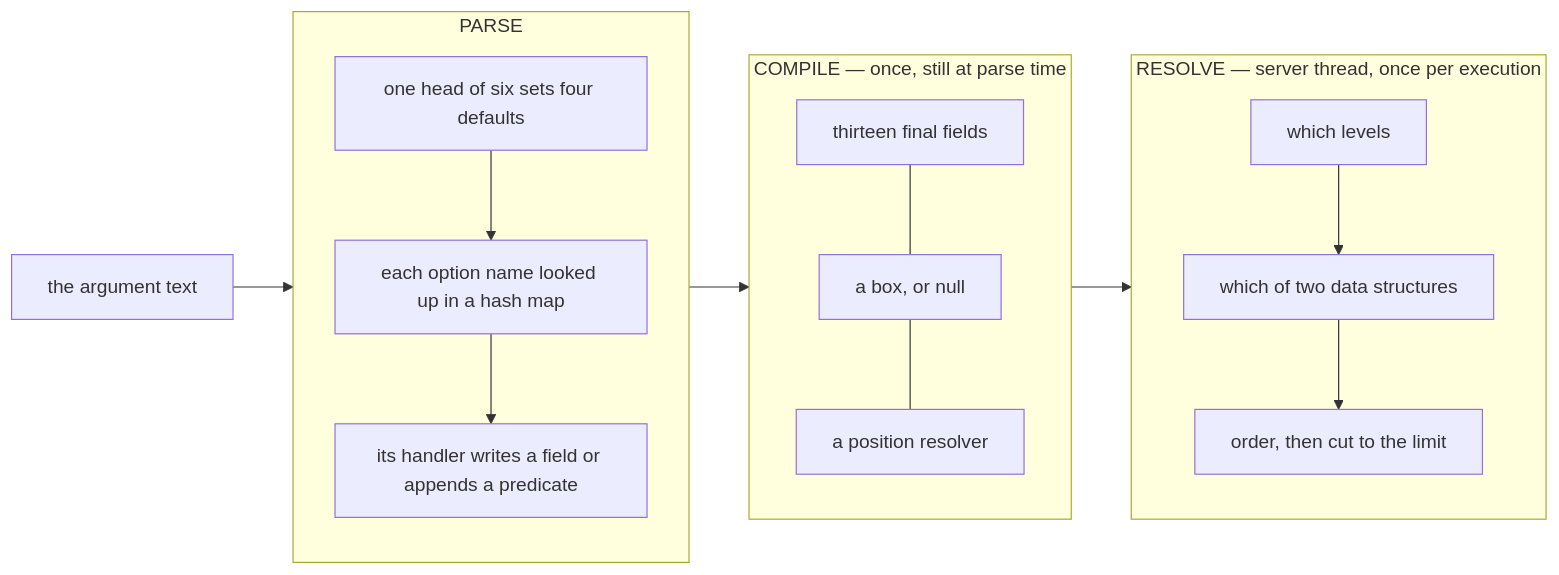
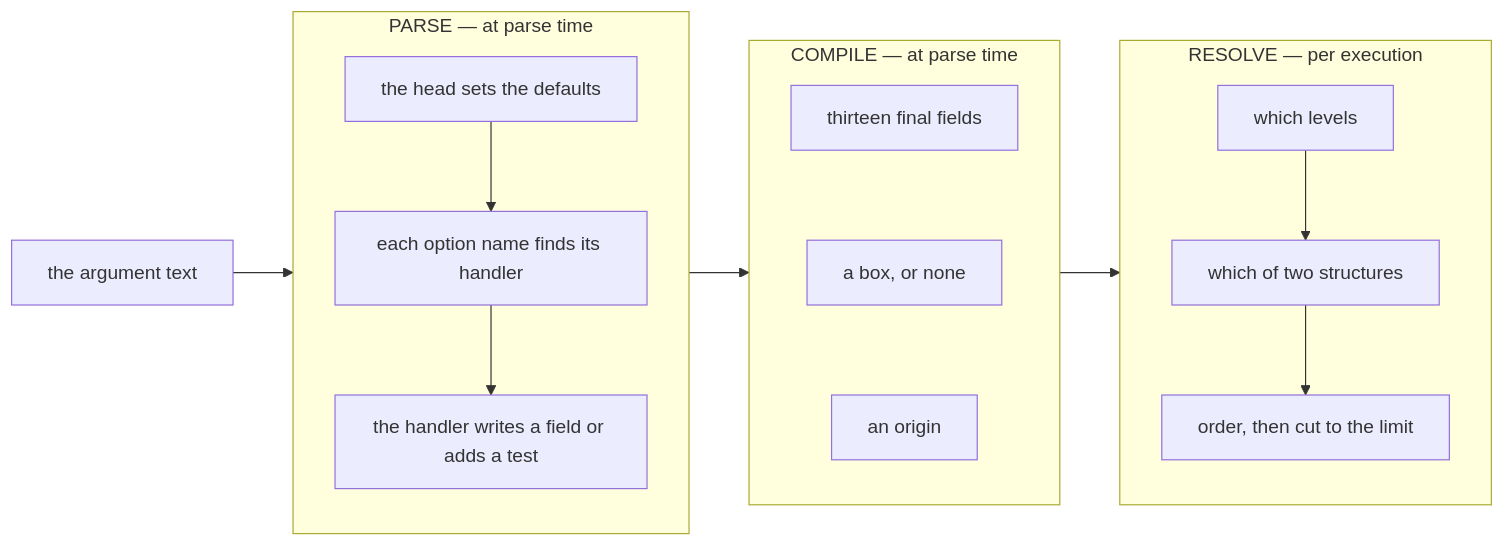
Before and after one commit to AlexanderjFraser/MinecraftDocs: the first of 2 diagrams in src/systems/commands/entity-selectors.md, drawn with Mermaid. The commit also changed other lines of this file and 16 other files, not shown here.

````diff
--- a/src/systems/commands/entity-selectors.md
+++ b/src/systems/commands/entity-selectors.md
@@ -41,28 +41,25 @@
 ```mermaid
 flowchart LR
     S["the argument text"]
-    subgraph P["PARSE"]
+    subgraph P["PARSE — at parse time"]
         direction TB
-        P1["one head of six sets four defaults"]
-        P2["each option name looked up in a hash map"]
-        P3["its handler writes a field or appends a predicate"]
+        P1["the head sets the defaults"]
+        P2["each option name finds its handler"]
+        P3["the handler writes a field or adds a test"]
         P1 --> P2 --> P3
     end
-    subgraph C["COMPILE — once, still at parse time"]
+    subgraph C["COMPILE — at parse time"]
         direction TB
-        C1["thirteen final fields"]
-        C2["a box, or null"]
-        C3["a position resolver"]
-        C1 --- C2 --- C3
+        C1["thirteen final fields"] ~~~ C2["a box, or none"] ~~~ C3["an origin"]
     end
-    subgraph R["RESOLVE — server thread, once per execution"]
+    subgraph R["RESOLVE — per execution"]
         direction TB
         R1["which levels"]
-        R2["which of two data structures"]
+        R2["which of two structures"]
         R3["order, then cut to the limit"]
         R1 --> R2 --> R3
     end
     S --> P
     P --> C
     C --> R
 ```
````
